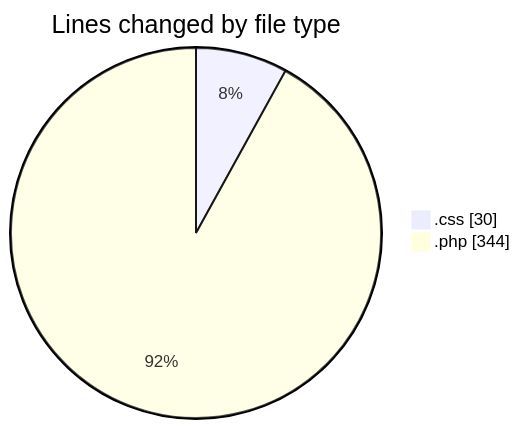
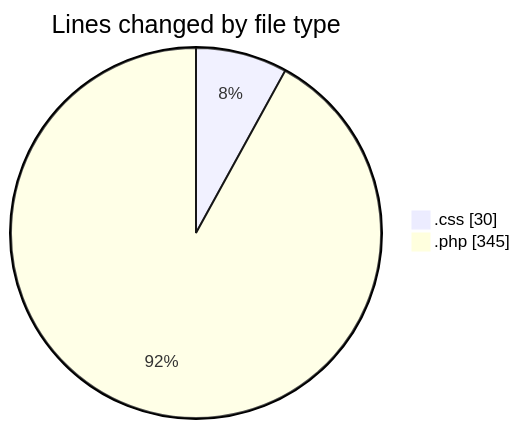
Before and after one commit to momahboobian/code-tracking: the first of 2 diagrams in 2026-03-20/designexo-child/README.md, drawn with Mermaid. The commit also changed other lines of this file and 1 other file, not shown here.

````diff
--- a/2026-03-20/designexo-child/README.md
+++ b/2026-03-20/designexo-child/README.md
@@ -25,6 +25,6 @@
 ```mermaid
 pie showData
 title Lines changed by file type
 ".css" : 30
-".php" : 344
+".php" : 345
 ```
````
